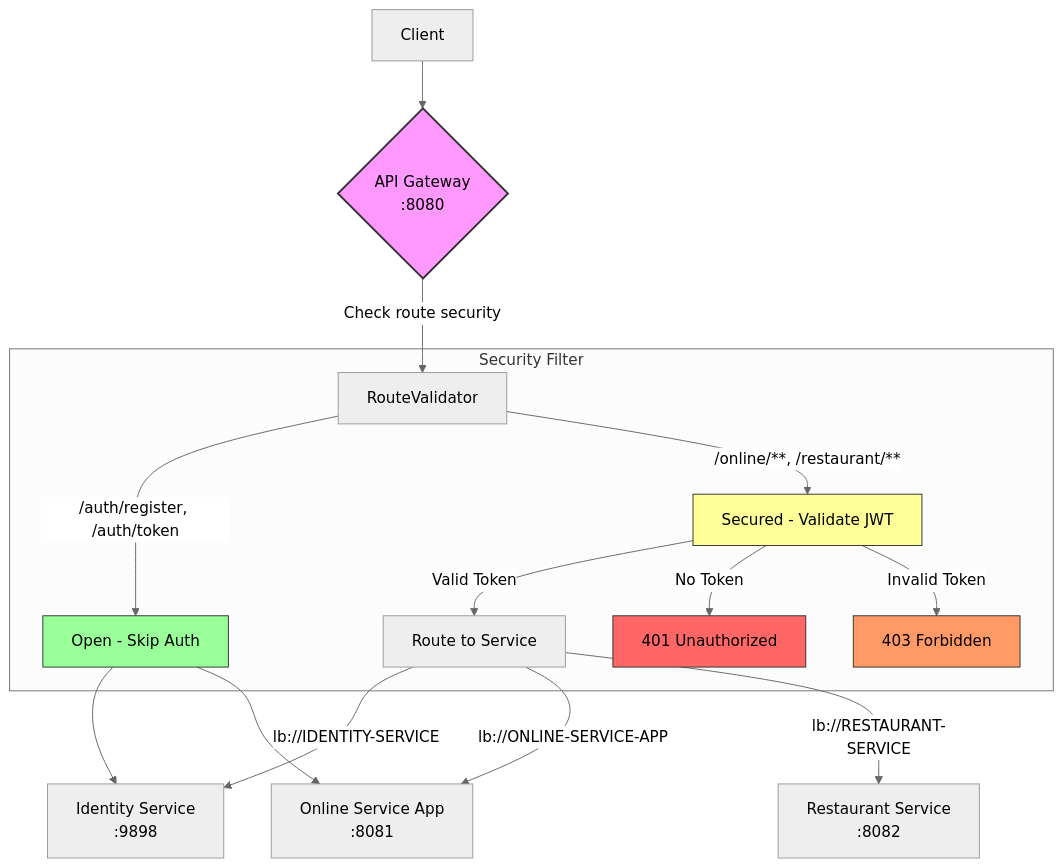
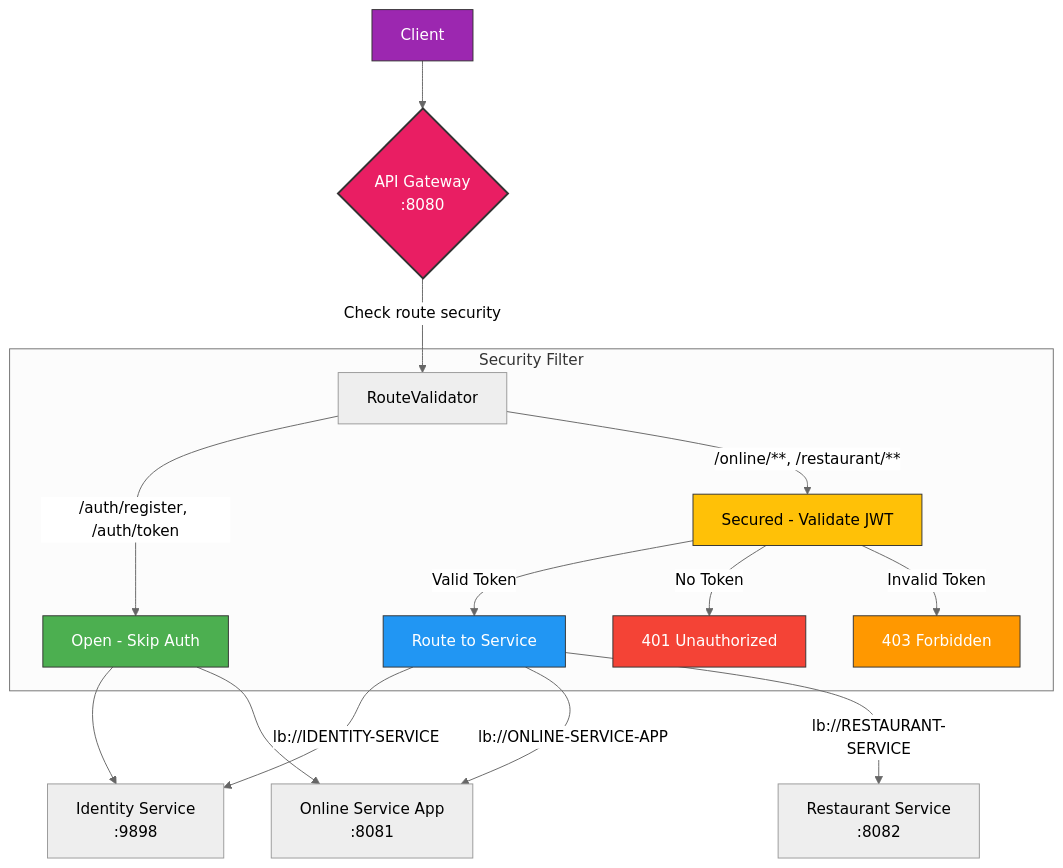
Before and after one commit to sawmikcuet19/auth-microservices: the seventh of 11 diagrams in README.md, drawn with Mermaid (neutral theme). The commit also changed other lines of this file, not shown here.

First line of the commit message:
Fix README mermaid diagram colors for better readability

````diff
--- a/README.md
+++ b/README.md
@@ -257,27 +282,29 @@
 ```mermaid
 graph TB
     Client[Client] --> GW{API Gateway<br/>:8080}
 
     GW -->|"Check route security"| RV[RouteValidator]
 
     subgraph Security Filter
         RV -->|"/auth/register, /auth/token"| OPEN[Open - Skip Auth]
         RV -->|"/online/**, /restaurant/**"| SECURED[Secured - Validate JWT]
         SECURED -->|Valid Token| ROUTE[Route to Service]
         SECURED -->|No Token| U401[401 Unauthorized]
         SECURED -->|Invalid Token| F403[403 Forbidden]
     end
 
     ROUTE -->|"lb://IDENTITY-SERVICE"| ID[Identity Service<br/>:9898]
     ROUTE -->|"lb://ONLINE-SERVICE-APP"| ON[Online Service App<br/>:8081]
     ROUTE -->|"lb://RESTAURANT-SERVICE"| REST[Restaurant Service<br/>:8082]
 
     OPEN --> ID
     OPEN --> ON
 
-    style GW fill:#f9f,stroke:#333,stroke-width:2px
-    style U401 fill:#f66,stroke:#333
-    style F403 fill:#f96,stroke:#333
-    style OPEN fill:#9f9,stroke:#333
-    style SECURED fill:#ff9,stroke:#333
+    style GW fill:#E91E63,stroke:#333,stroke-width:2px,color:#fff
+    style U401 fill:#F44336,stroke:#333,color:#fff
+    style F403 fill:#FF9800,stroke:#333,color:#fff
+    style OPEN fill:#4CAF50,stroke:#333,color:#fff
+    style SECURED fill:#FFC107,stroke:#333,color:#000
+    style ROUTE fill:#2196F3,stroke:#333,color:#fff
+    style Client fill:#9C27B0,stroke:#333,color:#fff
 ```
````
